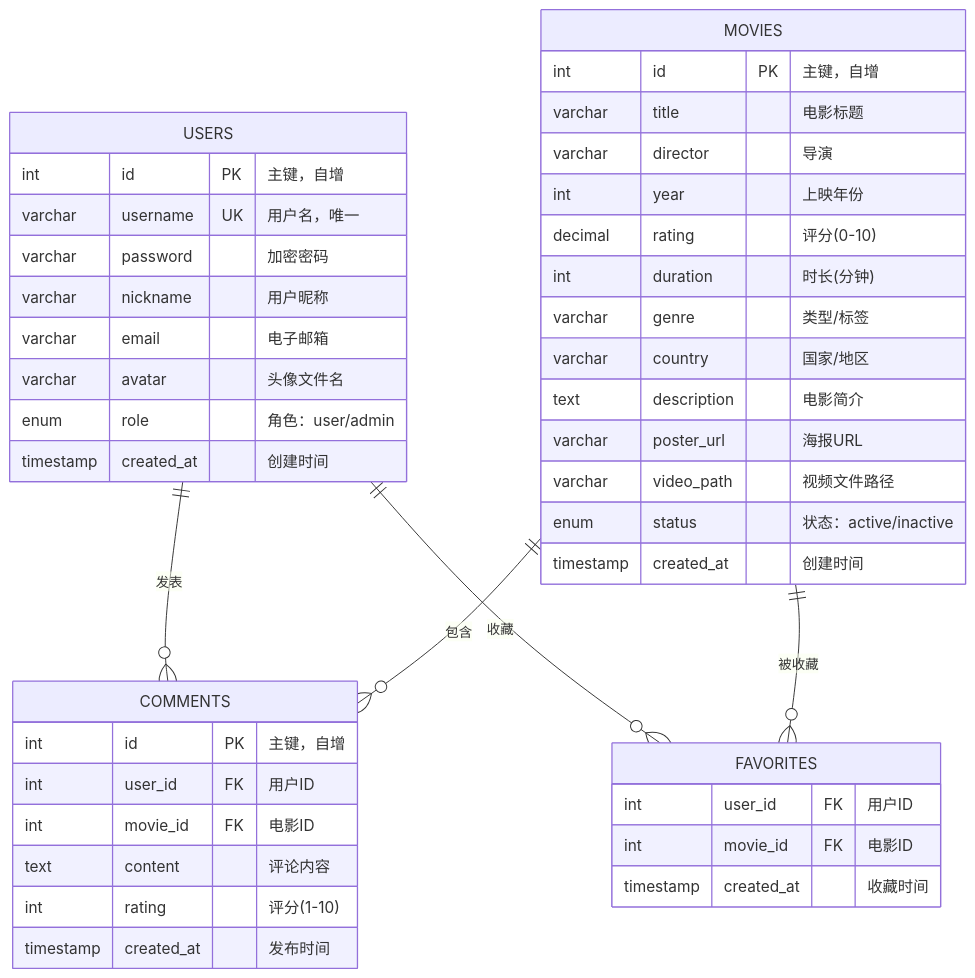
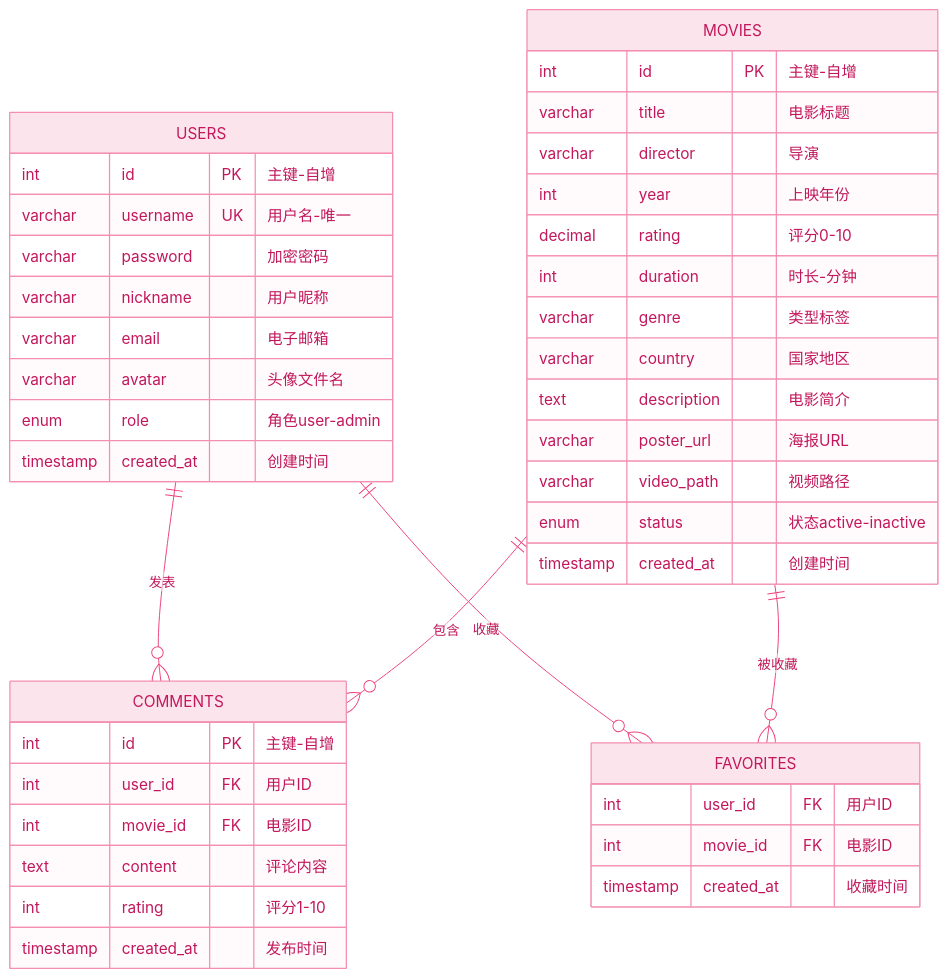
One commit to keyoshoin/movie-website changed the fifth of 18 diagrams in docs/架构设计.md. Above: the diagram before and after it, drawn with Mermaid. The commit also changed other lines of this file, not shown here.

````diff
--- a/docs/架构设计.md
+++ b/docs/架构设计.md
@@ -194,49 +177,50 @@
 ```mermaid
+%%{init: {'theme': 'base', 'themeVariables': { 'primaryColor': '#fce4ec', 'primaryTextColor': '#c2185b', 'primaryBorderColor': '#f48fb1', 'lineColor': '#ec407a'}}}%%
 erDiagram
     USERS ||--o{ COMMENTS : "发表"
     USERS ||--o{ FAVORITES : "收藏"
     MOVIES ||--o{ COMMENTS : "包含"
     MOVIES ||--o{ FAVORITES : "被收藏"
     
     USERS {
-        int id PK "主键，自增"
-        varchar username UK "用户名，唯一"
+        int id PK "主键-自增"
+        varchar username UK "用户名-唯一"
         varchar password "加密密码"
         varchar nickname "用户昵称"
         varchar email "电子邮箱"
         varchar avatar "头像文件名"
-        enum role "角色：user/admin"
+        enum role "角色user-admin"
         timestamp created_at "创建时间"
     }
     
     MOVIES {
-        int id PK "主键，自增"
+        int id PK "主键-自增"
         varchar title "电影标题"
         varchar director "导演"
         int year "上映年份"
-        decimal rating "评分(0-10)"
-        int duration "时长(分钟)"
-        varchar genre "类型/标签"
-        varchar country "国家/地区"
+        decimal rating "评分0-10"
+        int duration "时长-分钟"
+        varchar genre "类型标签"
+        varchar country "国家地区"
         text description "电影简介"
         varchar poster_url "海报URL"
-        varchar video_path "视频文件路径"
-        enum status "状态：active/inactive"
+        varchar video_path "视频路径"
+        enum status "状态active-inactive"
         timestamp created_at "创建时间"
     }
     
     COMMENTS {
-        int id PK "主键，自增"
+        int id PK "主键-自增"
         int user_id FK "用户ID"
         int movie_id FK "电影ID"
         text content "评论内容"
-        int rating "评分(1-10)"
+        int rating "评分1-10"
         timestamp created_at "发布时间"
     }
     
     FAVORITES {
         int user_id FK "用户ID"
         int movie_id FK "电影ID"
         timestamp created_at "收藏时间"
     }
 ```
````
